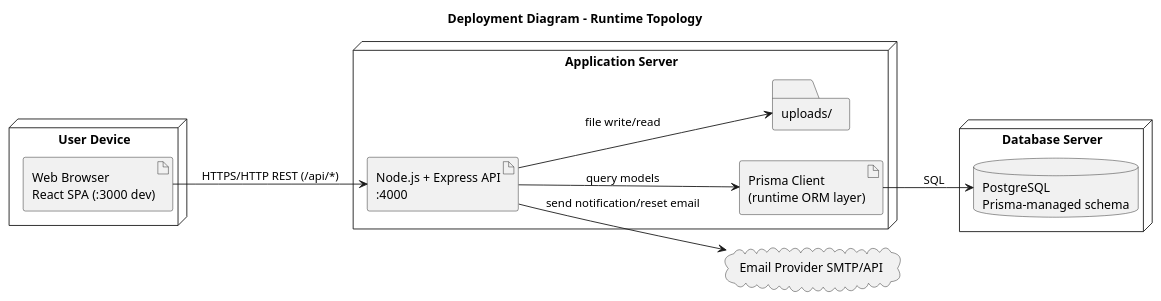
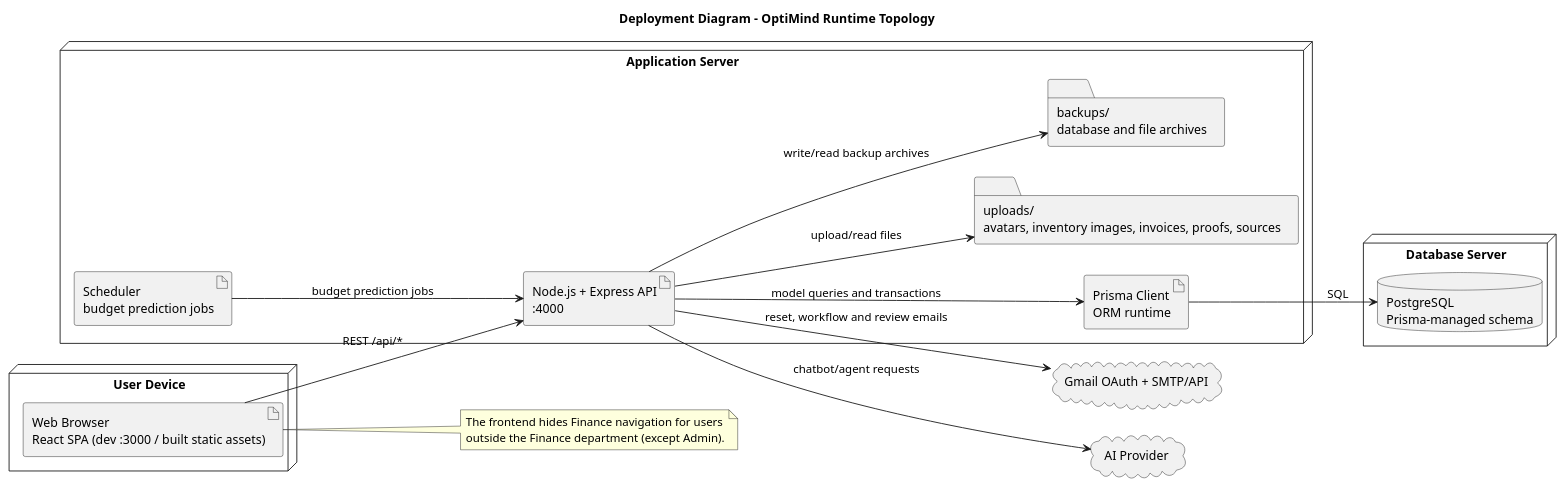
One commit to MoeyChingWei/FYP-MoeyChingWei changed the diagram in Diagram/deployment-system.puml. Above: the diagram before and after it, drawn with PlantUML. The commit also changed 47 other files, not shown here.

Commit message:
Update for diagram

```diff
--- a/Diagram/deployment-system.puml
+++ b/Diagram/deployment-system.puml
@@ -1,27 +1,37 @@
 @startuml
-title Deployment Diagram - Runtime Topology
+title Deployment Diagram - OptiMind Runtime Topology
 left to right direction
 
 node "User Device" {
-  artifact "Web Browser\nReact SPA (:3000 dev)" as Browser
+  artifact "Web Browser\nReact SPA (dev :3000 / built static assets)" as Browser
 }
 
 node "Application Server" {
   artifact "Node.js + Express API\n:4000" as API
-  artifact "Prisma Client\n(runtime ORM layer)" as PrismaClient
-  folder "uploads/" as UploadFolder
+  artifact "Prisma Client\nORM runtime" as PrismaClient
+  folder "uploads/\navatars, inventory images, invoices, proofs, sources" as UploadFolder
+  folder "backups/\ndatabase and file archives" as BackupFolder
+  artifact "Scheduler\nbudget prediction jobs" as Scheduler
 }
 
 node "Database Server" {
   database "PostgreSQL\nPrisma-managed schema" as PG
 }
 
-cloud "Email Provider SMTP/API" as Mail
+cloud "Gmail OAuth + SMTP/API" as Mail
+cloud "AI Provider" as AI
 
-Browser --> API : HTTPS/HTTP REST (/api/*)
-API --> PrismaClient : query models
+Browser --> API : REST /api/*
+API --> PrismaClient : model queries and transactions
 PrismaClient --> PG : SQL
-API --> UploadFolder : file write/read
-API --> Mail : send notification/reset email
+API --> UploadFolder : upload/read files
+API --> BackupFolder : write/read backup archives
+Scheduler --> API : budget prediction jobs
+API --> Mail : reset, workflow and review emails
+API --> AI : chatbot/agent requests
 
+note right of Browser
+The frontend hides Finance navigation for users
+outside the Finance department (except Admin).
+end note
 @enduml
```
